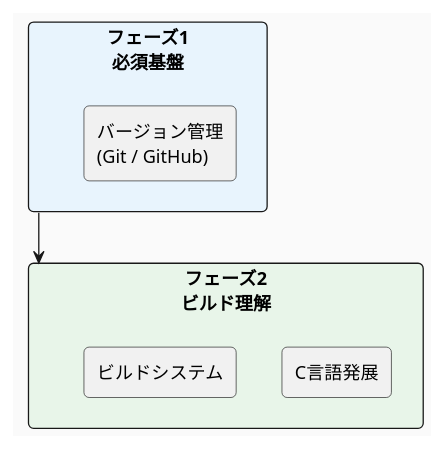
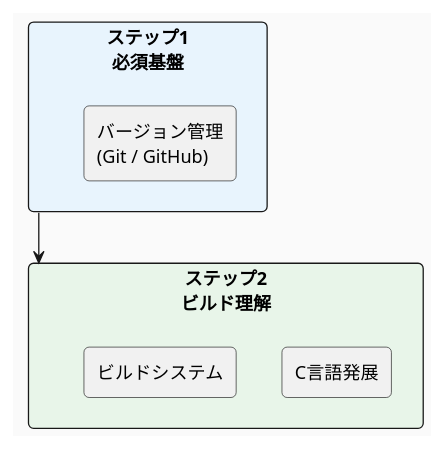
The first of 2 diagrams in docs-src/skill-guide/06-documentation/plantuml.md (Hondarer/c-modernization-kit), drawn with PlantUML before and after one commit. The commit also changed other lines of this file and 9 other files, not shown here.

Commit message:
フェーズ → ステップ

````diff
--- a/docs-src/skill-guide/06-documentation/plantuml.md
+++ b/docs-src/skill-guide/06-documentation/plantuml.md
@@ -36,17 +36,17 @@
 ```plantuml
 @startuml
 skinparam backgroundColor #FAFAFA
 skinparam roundcorner 8
 
-rectangle "フェーズ1\n必須基盤" as P1 #E8F4FD {
+rectangle "ステップ1\n必須基盤" as P1 #E8F4FD {
   rectangle "バージョン管理\n(Git / GitHub)" as P1A
 }
 
-rectangle "フェーズ2\nビルド理解" as P2 #E8F5E9 {
+rectangle "ステップ2\nビルド理解" as P2 #E8F5E9 {
   rectangle "C言語発展" as P2A
   rectangle "ビルドシステム" as P2B
 }
 
 P1 -down-> P2
 @enduml
 ```
````
